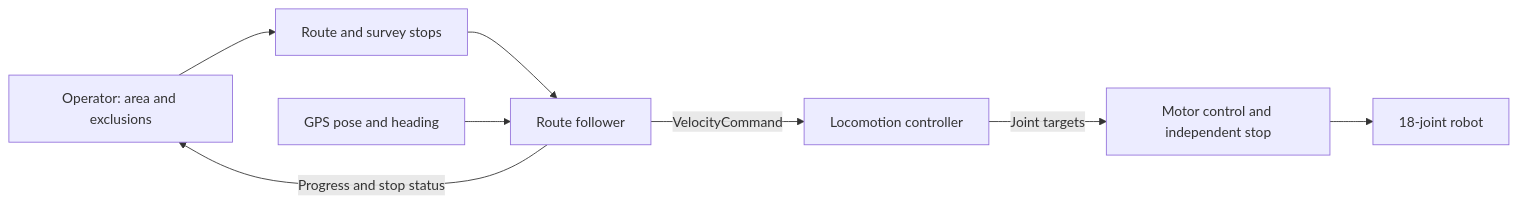
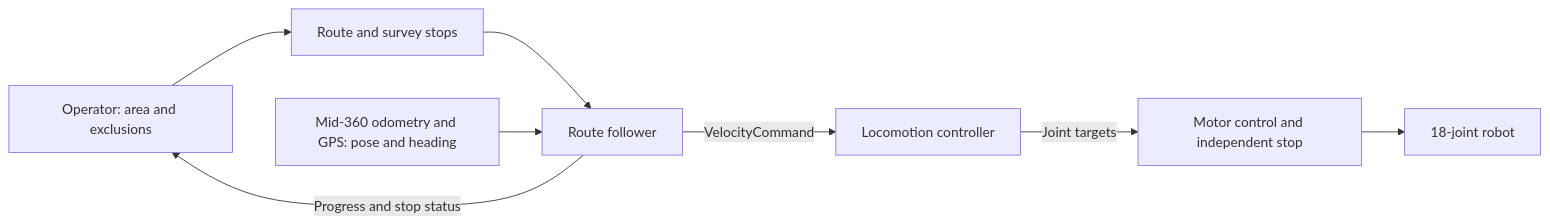
Before and after one commit to Cornell-Physical-Intelligence/hexapod-cupi: the diagram in ARCHITECTURE.md, drawn with Mermaid. The commit also changed other lines of this file and 1 other file, not shown here.

First line of the commit message:
Rewrite ARCHITECTURE to cite the owner files

````diff
--- a/ARCHITECTURE.md
+++ b/ARCHITECTURE.md
@@ -15,10 +33,10 @@
 ```mermaid
 flowchart LR
   Operator[Operator: area and exclusions] --> Planner[Route and survey stops]
   Planner --> Follower[Route follower]
-  GPS[GPS pose and heading] --> Follower
+  Pose[Mid-360 odometry and GPS: pose and heading] --> Follower
   Follower -->|VelocityCommand| Policy[Locomotion controller]
   Policy -->|Joint targets| Runtime[Motor control and independent stop]
   Runtime --> Robot[18-joint robot]
   Follower -->|Progress and stop status| Operator
 ```
````
